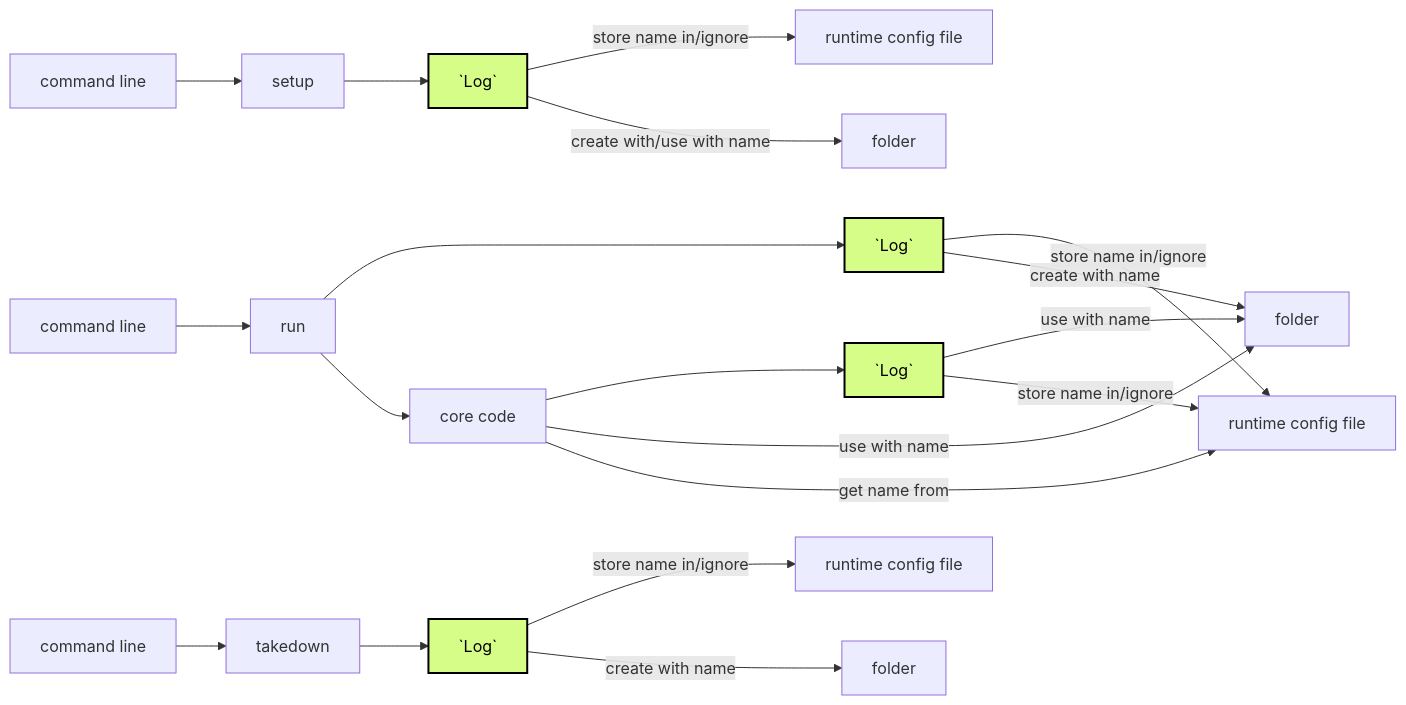
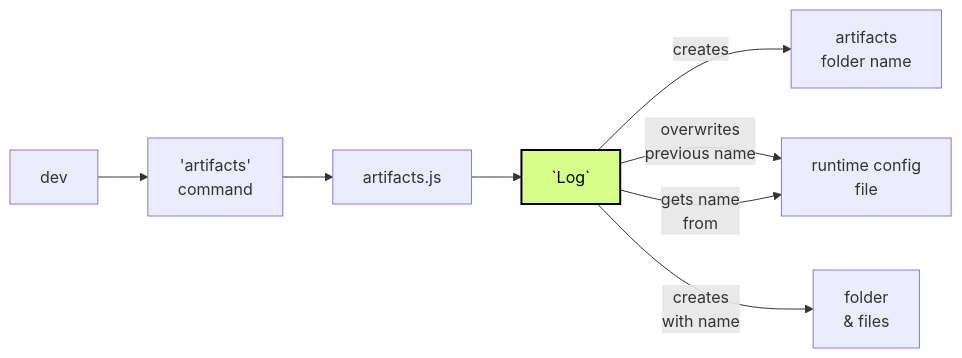
One commit to SuffolkLITLab/ALKiln changed the seventh of 8 diagrams in docs/artifacts_folder_name.md. Above: the diagram before and after it, drawn with Mermaid. The commit also changed other lines of this file and 1 other file, not shown here.

````diff
--- a/docs/artifacts_folder_name.md
+++ b/docs/artifacts_folder_name.md
@@ -104,25 +144,13 @@
 ```mermaid
 flowchart LR
-    cmd1[command line] --> setup
-    setup["setup"] --> log1["#96;Log#96;"]:::log
-    log1 --store name in/ignore--> runtime1["runtime config file"]
-    log1 --create with/use with name--> folder1[folder]
 
-    cmd2[command line] --> run["run"]
-    run --> log2["#96;Log#96;"]:::log
-    log2 --store name in/ignore--> runtime2["runtime config file"]
-    log2 --create with name--> folder2[folder]
-    run --> core["core code"]
-    core --> log3["#96;Log#96;"]:::log
-    core --use with name--> folder2
-    core --get name from--> runtime2
-    log3 --use with name--> folder2
-    log3 --store name in/ignore--> runtime2
-
-    cmd3[command line] --> takedown["takedown"]
-    takedown --> log4["#96;Log#96;"]:::log
-    log4 --store name in/ignore--> runtime3["runtime config file"]
-    log4 --create with name--> folder5[folder]
+    dev --> command["'artifacts'</br>command"]
+    command --> artifacts["artifacts.js"]
+    artifacts --> log1["#96;Log#96;"]:::log
+    log1 --creates--> name["artifacts</br>folder name"]
+    log1 --"overwrites</br>previous name"--> runtime1["runtime config file"]
+    log1 --"gets name</br>from"--> runtime1["runtime config</br>file"]
+    log1 --creates</br>with name--> folder1["folder</br>& files"]
 
 classDef log fill:#d6fd88,stroke:#000,stroke-width:2px,color:#000
 ```
````
